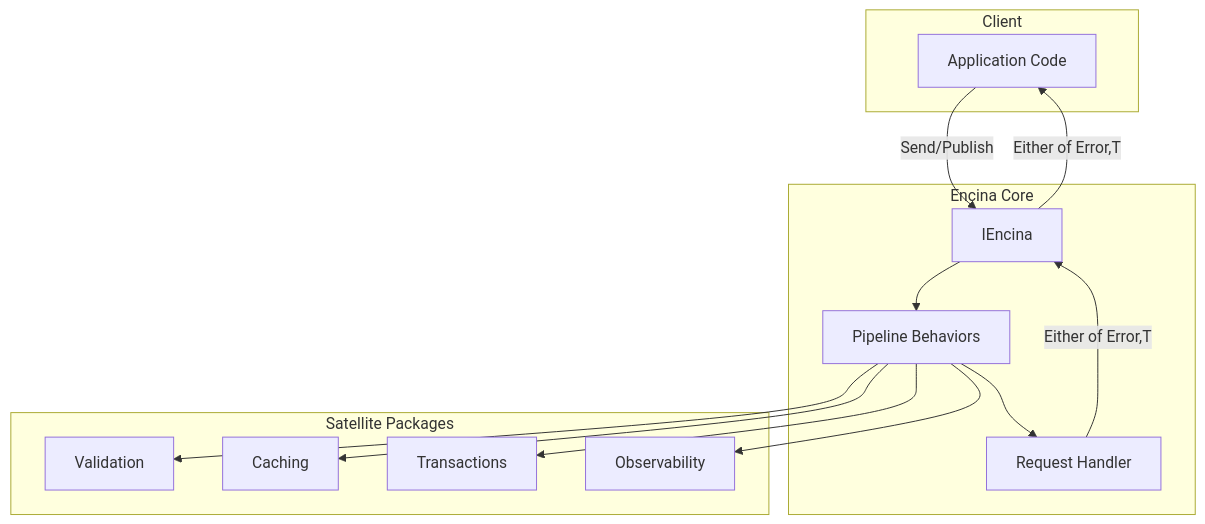
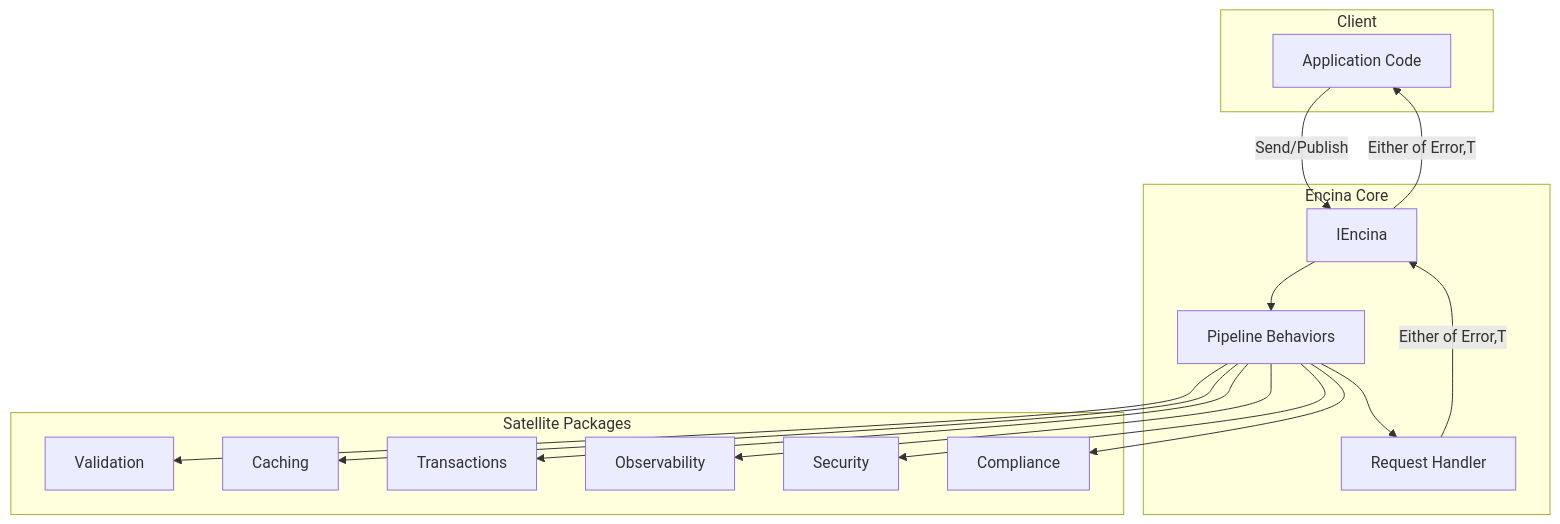
One commit to dlrivada/Encina changed the first of 4 diagrams in README.md. Above: the diagram before and after it, drawn with Mermaid. The commit also changed other lines of this file, not shown here.

````diff
--- a/README.md
+++ b/README.md
@@ -51,26 +53,28 @@
 ```mermaid
 flowchart TB
     subgraph Client
         A[Application Code]
     end
 
     subgraph Encina["Encina Core"]
         B[IEncina]
         C[Pipeline Behaviors]
         D[Request Handler]
     end
 
     subgraph Satellites["Satellite Packages"]
         E[Validation]
         F[Caching]
         G[Transactions]
         H[Observability]
+        I[Security]
+        J[Compliance]
     end
 
     A -->|Send/Publish| B
     B --> C
-    C --> E & F & G & H
+    C --> E & F & G & H & I & J
     C --> D
     D -->|Either of Error,T| B
     B -->|Either of Error,T| A
 ```
````
